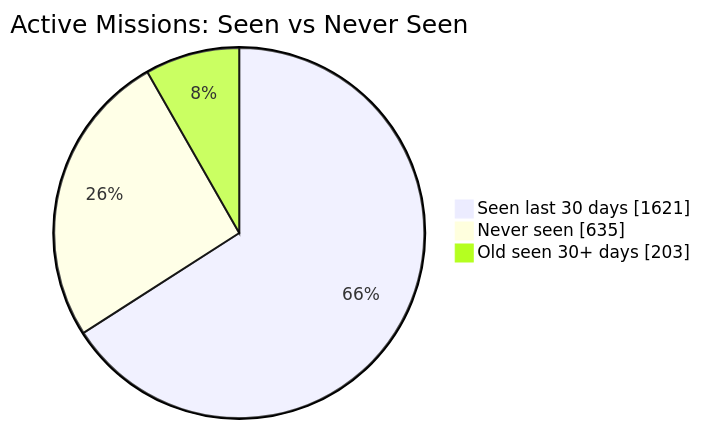
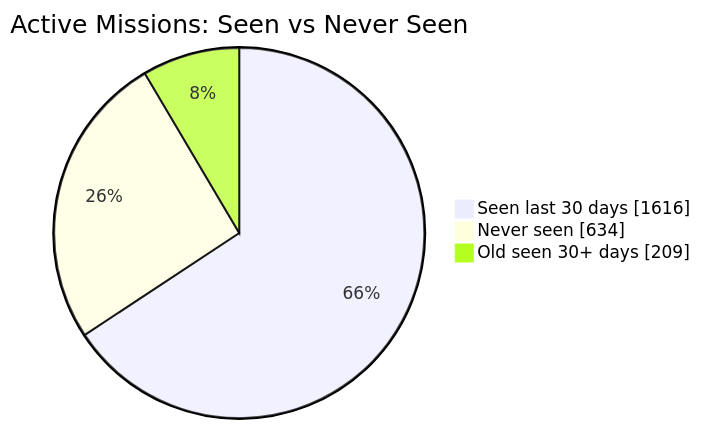
Before and after one commit to MeldkamerspelGameTeam/active-missions: the first of 2 diagrams in README.md, drawn with Mermaid. The commit also changed other lines of this file and 4 other files, not shown here.

````diff
--- a/README.md
+++ b/README.md
@@ -34,7 +34,7 @@
 ```mermaid
 pie showData
     title Active Missions: Seen vs Never Seen
-    "Seen last 30 days" : 1621
-    "Never seen" : 635
-    "Old seen 30+ days" : 203
+    "Seen last 30 days" : 1616
+    "Never seen" : 634
+    "Old seen 30+ days" : 209
 ```
````
